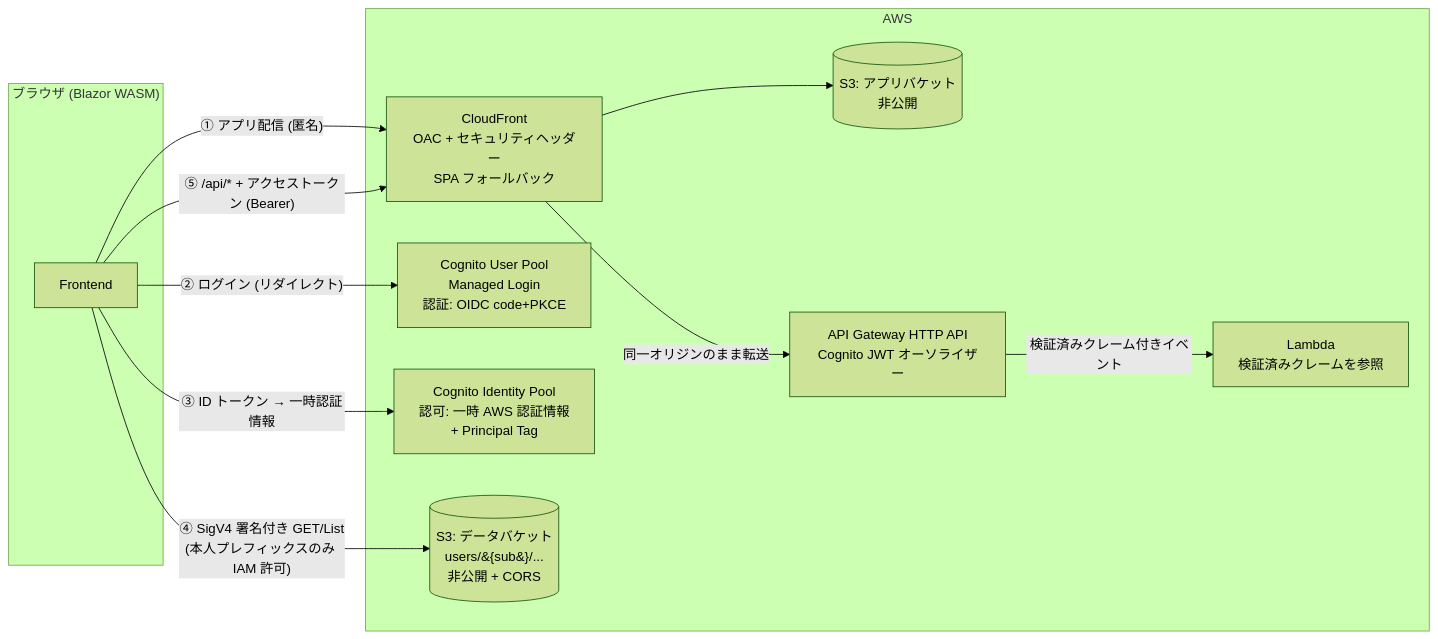
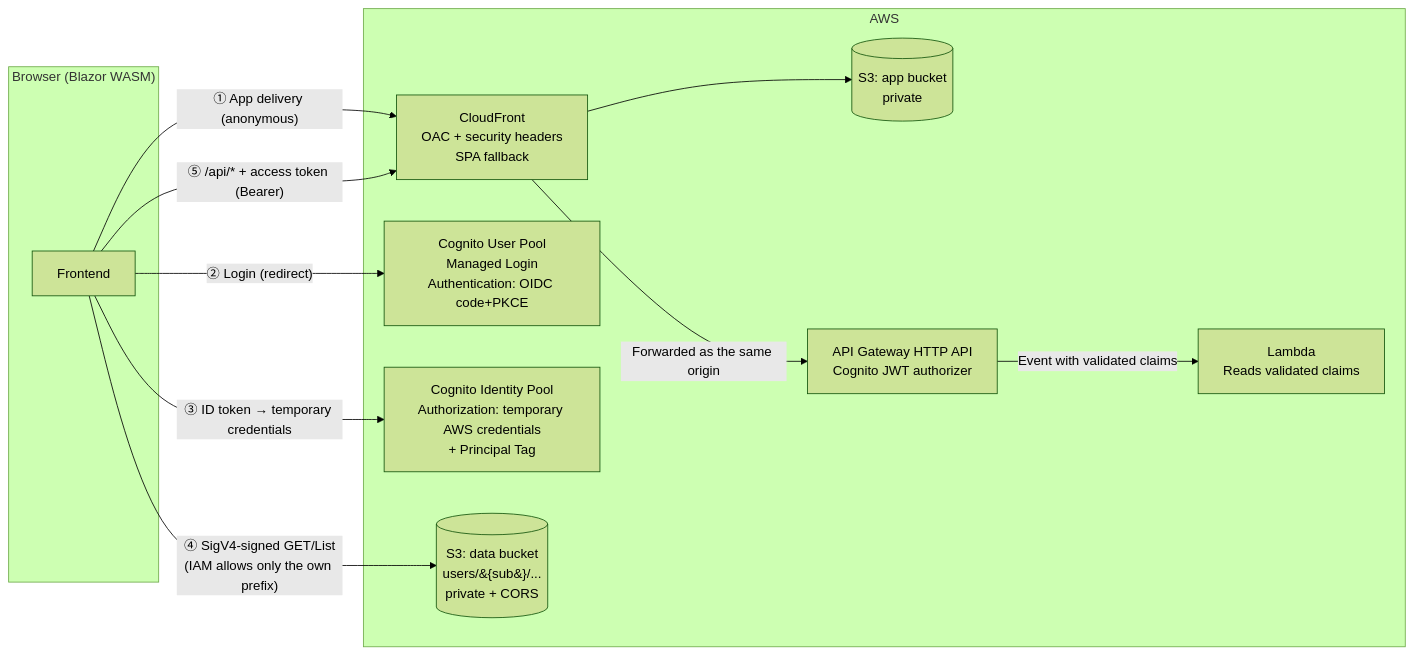
The first of 2 diagrams in README.md (usausa/template-aws-s3-wasm), drawn with Mermaid (forest theme) before and after one commit. The commit also changed other lines of this file and 1 other file, not shown here.

````diff
--- a/README.md
+++ b/README.md
@@ -40,25 +42,25 @@
 ```mermaid
 graph LR
-    subgraph Browser["ブラウザ (Blazor WASM)"]
+    subgraph Browser["Browser (Blazor WASM)"]
         App[Frontend]
     end
 
     subgraph AWS
-        CF[CloudFront<br/>OAC + セキュリティヘッダー<br/>SPA フォールバック]
-        AppBucket[(S3: アプリバケット<br/>非公開)]
-        UP[Cognito User Pool<br/>Managed Login<br/>認証: OIDC code+PKCE]
-        IP[Cognito Identity Pool<br/>認可: 一時 AWS 認証情報<br/>+ Principal Tag]
-        DataBucket[(S3: データバケット<br/>users/&#123;sub&#125;/...<br/>非公開 + CORS)]
-        APIGW[API Gateway HTTP API<br/>Cognito JWT オーソライザー]
-        Fn[Lambda<br/>検証済みクレームを参照]
+        CF[CloudFront<br/>OAC + security headers<br/>SPA fallback]
+        AppBucket[(S3: app bucket<br/>private)]
+        UP[Cognito User Pool<br/>Managed Login<br/>Authentication: OIDC code+PKCE]
+        IP[Cognito Identity Pool<br/>Authorization: temporary AWS credentials<br/>+ Principal Tag]
+        DataBucket[(S3: data bucket<br/>users/&#123;sub&#125;/...<br/>private + CORS)]
+        APIGW[API Gateway HTTP API<br/>Cognito JWT authorizer]
+        Fn[Lambda<br/>Reads validated claims]
     end
 
-    App -- "① アプリ配信 (匿名)" --> CF
+    App -- "① App delivery (anonymous)" --> CF
     CF --> AppBucket
-    App -- "② ログイン (リダイレクト)" --> UP
-    App -- "③ ID トークン → 一時認証情報" --> IP
-    App -- "④ SigV4 署名付き GET/List<br/>(本人プレフィックスのみ IAM 許可)" --> DataBucket
-    App -- "⑤ /api/* + アクセストークン (Bearer)" --> CF
-    CF -- "同一オリジンのまま転送" --> APIGW
-    APIGW -- "検証済みクレーム付きイベント" --> Fn
+    App -- "② Login (redirect)" --> UP
+    App -- "③ ID token → temporary credentials" --> IP
+    App -- "④ SigV4-signed GET/List<br/>(IAM allows only the own prefix)" --> DataBucket
+    App -- "⑤ /api/* + access token (Bearer)" --> CF
+    CF -- "Forwarded as the same origin" --> APIGW
+    APIGW -- "Event with validated claims" --> Fn
 ```
````
